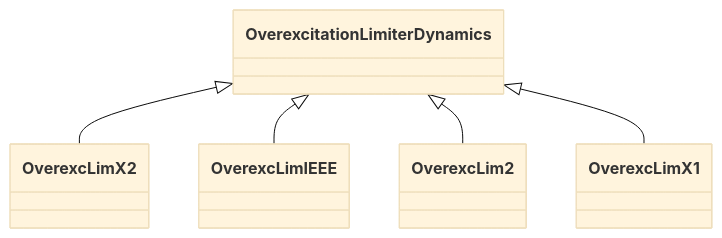
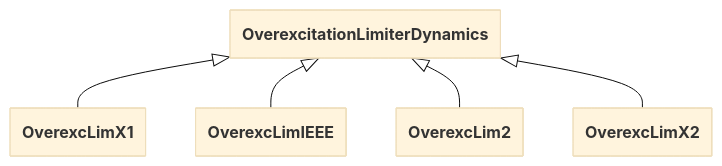
The diagram in pages/docs/Profiles/Package_OverexcitationLimiterDynamics.md (cim-cgmes/cim-cgmes.github.io), drawn with Mermaid (base theme) before and after one commit. The commit also changed 561 other files, not shown here.

````diff
--- a/pages/docs/Profiles/Package_OverexcitationLimiterDynamics.md
+++ b/pages/docs/Profiles/Package_OverexcitationLimiterDynamics.md
@@ -5,7 +5,12 @@
 ```mermaid
+---
+  config:
+    class:
+      hideEmptyMembersBox: true
+---
 classDiagram
-    OverexcitationLimiterDynamics <|-- OverexcLimX2
+    OverexcitationLimiterDynamics <|-- OverexcLimX1
     OverexcitationLimiterDynamics <|-- OverexcLimIEEE
     OverexcitationLimiterDynamics <|-- OverexcLim2
-    OverexcitationLimiterDynamics <|-- OverexcLimX1
+    OverexcitationLimiterDynamics <|-- OverexcLimX2
 ```
````
